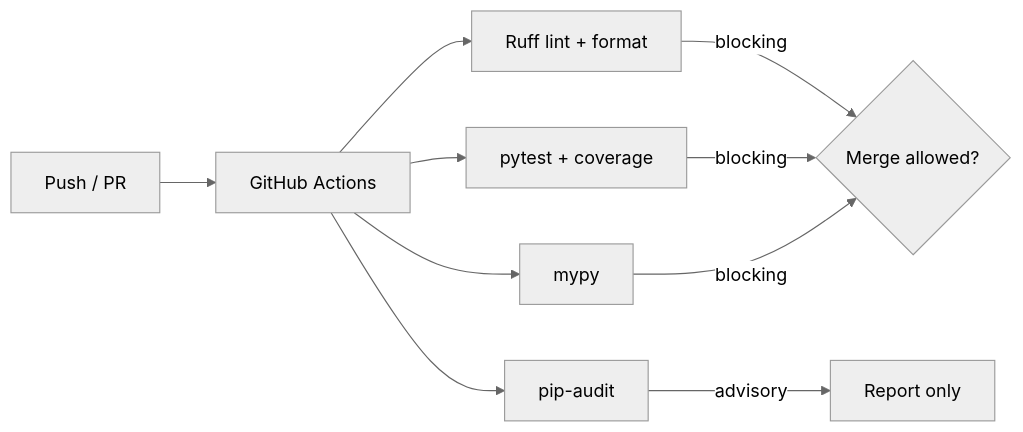
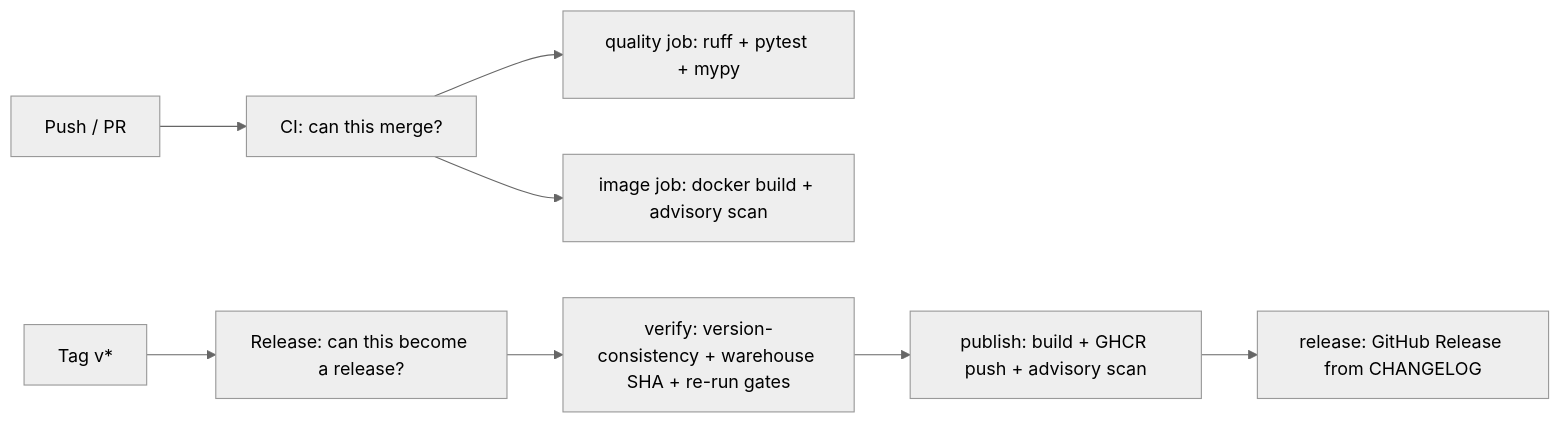
One commit to tejas-jaggi/solstice-intelligence changed the third of 3 diagrams in Architecture_State.md. Above: the diagram before and after it, drawn with Mermaid (neutral theme). The commit also changed other lines of this file and 14 other files, not shown here.

````diff
--- a/Architecture_State.md
+++ b/Architecture_State.md
@@ -258,12 +252,11 @@
 ```mermaid
 flowchart LR
-    push[Push / PR] --> ci[GitHub Actions]
-    ci --> ruff[Ruff lint + format]
-    ci --> tests[pytest + coverage]
-    ci --> mypy[mypy]
-    ci --> audit[pip-audit]
-    ruff -->|blocking| gate{Merge allowed?}
-    tests -->|blocking| gate
-    mypy -->|blocking| gate
-    audit -->|advisory| report[Report only]
+    push[Push / PR] --> ci[CI: can this merge?]
+    ci --> q[quality job: ruff + pytest + mypy]
+    ci --> img[image job: docker build + advisory scan]
+
+    tag[Tag v*] --> rel[Release: can this become a release?]
+    rel --> ver[verify: version-consistency + warehouse SHA + re-run gates]
+    ver --> pub[publish: build + GHCR push + advisory scan]
+    pub --> gh[release: GitHub Release from CHANGELOG]
 ```
````
